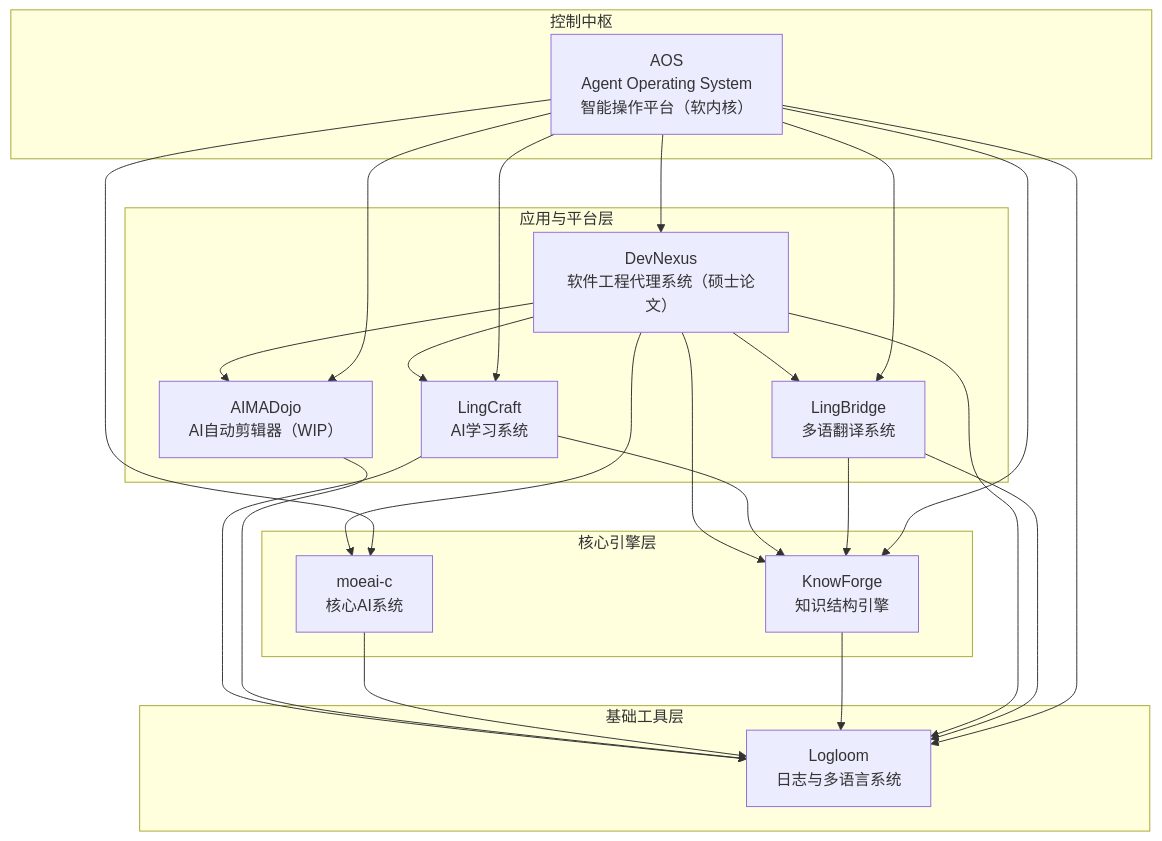
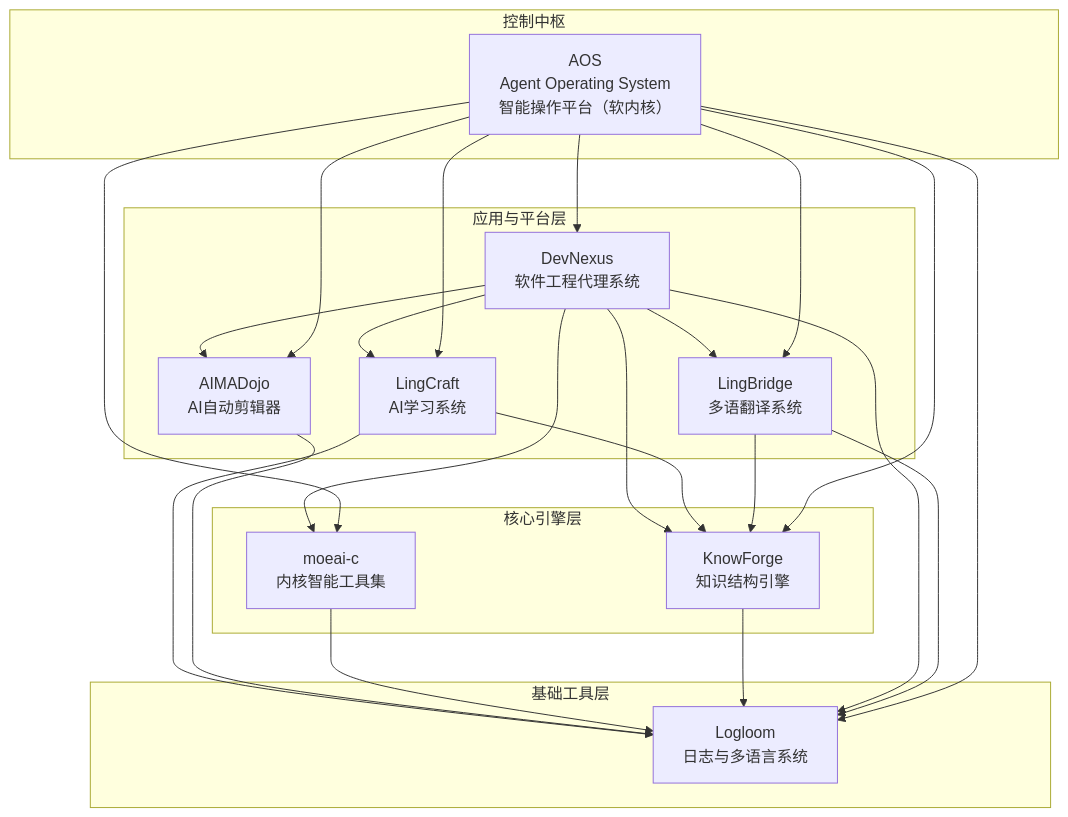
Before and after one commit to ydzat/ydzat: the diagram in README.md, drawn with Mermaid. The commit also changed other lines of this file, not shown here.

````diff
--- a/README.md
+++ b/README.md
@@ -75,45 +68,45 @@
 ```mermaid
 graph TD
   subgraph 基础工具层
     E[Logloom<br>日志与多语言系统]
   end
 
   subgraph 核心引擎层
-    A[moeai-c<br>核心AI系统]
+    A[moeai-c<br>内核智能工具集]
     B[KnowForge<br>知识结构引擎]
   end
 
   subgraph 应用与平台层
     F[LingCraft<br>AI学习系统]
-    C[AIMADojo<br>AI自动剪辑器（WIP）]
-    D[DevNexus<br>软件工程代理系统（硕士论文）]
+    C[AIMADojo<br>AI自动剪辑器]
+    D[DevNexus<br>软件工程代理系统]
     G[LingBridge<br>多语翻译系统]
   end
 
   subgraph 控制中枢
     Z[AOS<br>Agent Operating System<br>智能操作平台（软内核）]
   end
 
   D --> A
   D --> B
   D --> C
   D --> F
   D --> G
 
   F --> B
   F --> E
   C --> E
   A --> E
   B --> E
   D --> E
   G --> B
   G --> E
 
   Z --> A
   Z --> B
   Z --> C
   Z --> D
   Z --> E
   Z --> F
   Z --> G
 ```
````
